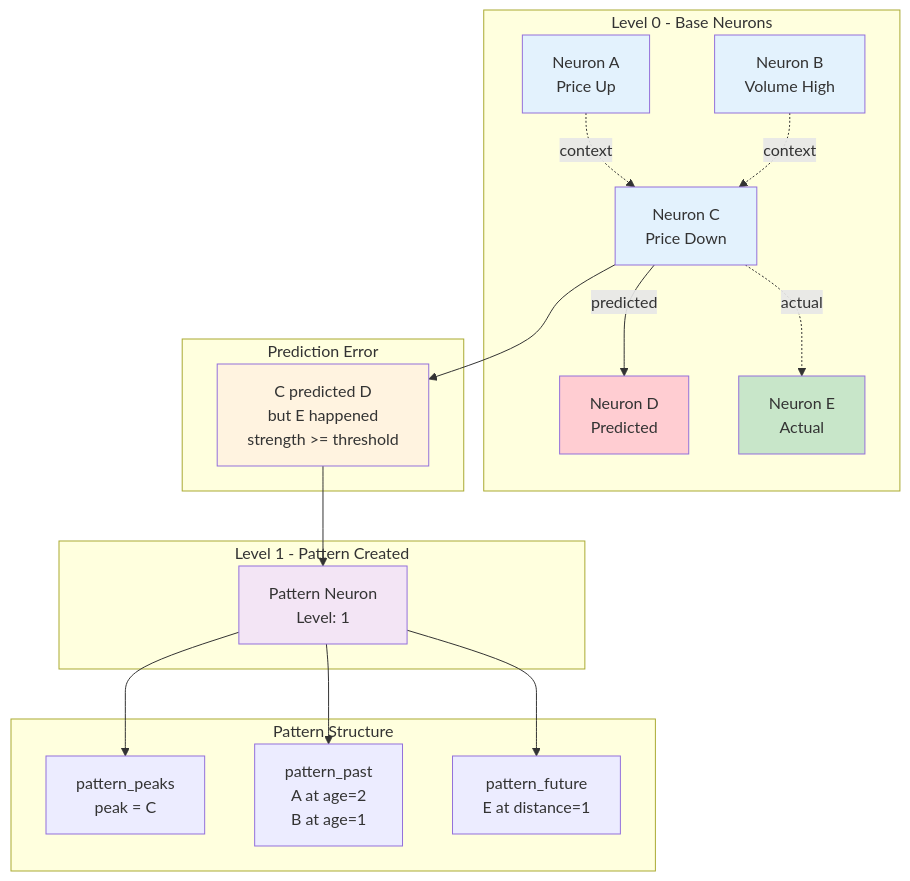
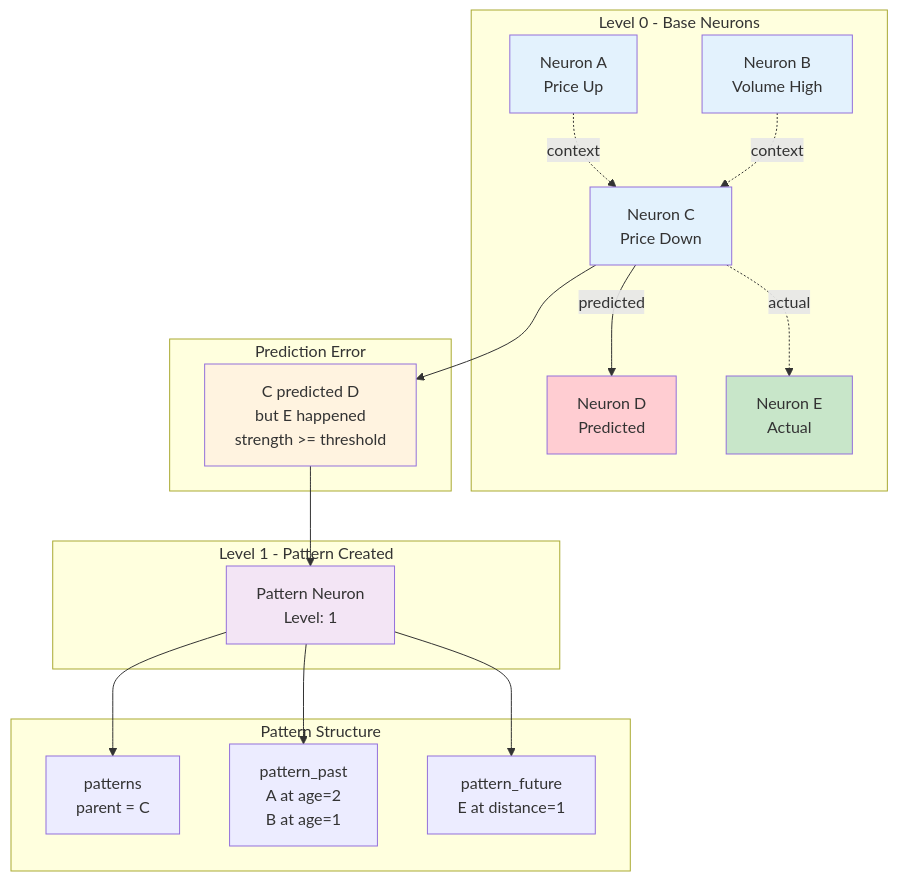
Before and after one commit to cucar/robot_brain: the third of 5 diagrams in docs/PATENT_DISCLOSURE.md, drawn with Mermaid. The commit also changed other lines of this file and 10 other files, not shown here.

Commit message:
rename peaks as parents and patterns as children

````diff
--- a/docs/PATENT_DISCLOSURE.md
+++ b/docs/PATENT_DISCLOSURE.md
@@ -587,44 +587,44 @@
 ```mermaid
 graph TB
     subgraph "Level 0 - Base Neurons"
         N1[Neuron A<br/>Price Up]
         N2[Neuron B<br/>Volume High]
         N3[Neuron C<br/>Price Down]
         N4[Neuron D<br/>Predicted]
         N5[Neuron E<br/>Actual]
     end
 
     subgraph "Prediction Error"
         ERR[C predicted D<br/>but E happened<br/>strength >= threshold]
     end
 
     subgraph "Level 1 - Pattern Created"
         P1[Pattern Neuron<br/>Level: 1]
     end
 
     subgraph "Pattern Structure"
-        PP[pattern_peaks<br/>peak = C]
+        PP[patterns<br/>parent = C]
         PAST[pattern_past<br/>A at age=2<br/>B at age=1]
         FUT[pattern_future<br/>E at distance=1]
     end
 
     N1 -.->|"context"| N3
     N2 -.->|"context"| N3
     N3 -->|"predicted"| N4
     N3 -.->|"actual"| N5
 
     N3 --> ERR
     ERR --> P1
 
     P1 --> PP
     P1 --> PAST
     P1 --> FUT
 
     style N1 fill:#e3f2fd
     style N2 fill:#e3f2fd
     style N3 fill:#e3f2fd
     style N4 fill:#ffcdd2
     style N5 fill:#c8e6c9
     style ERR fill:#fff3e0
     style P1 fill:#f3e5f5
 ```
````
